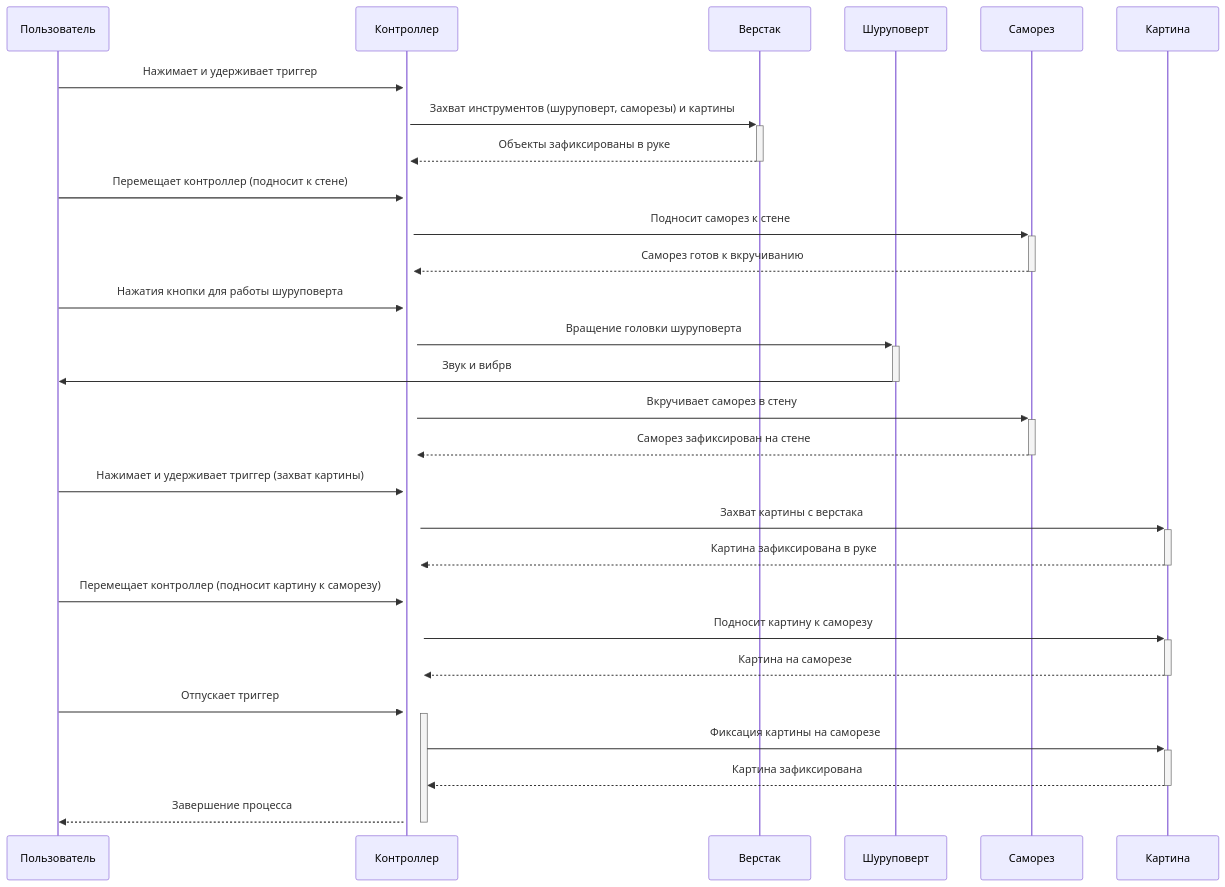
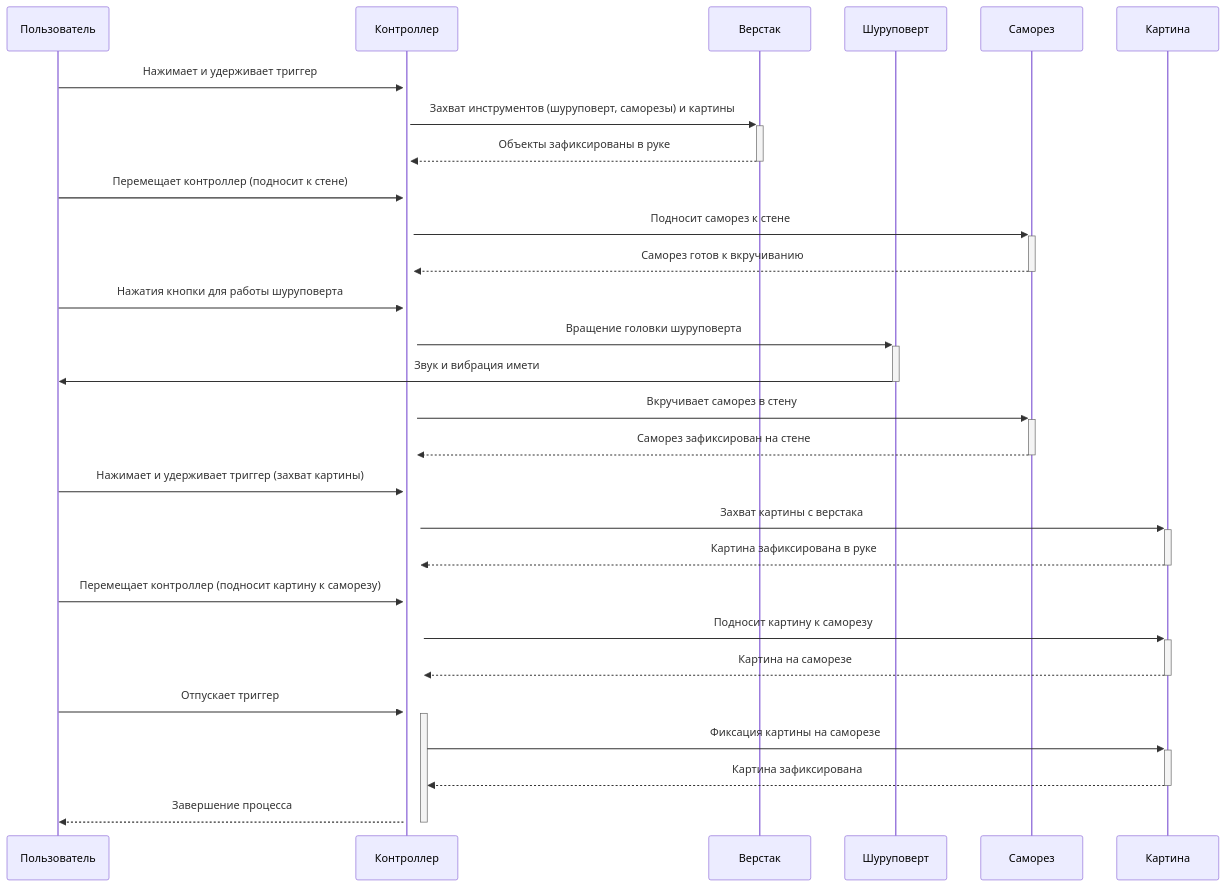
One commit to NerdyCep/iodraw-files changed the diagram in all/не называться-1.md. Above: the diagram before and after it, drawn with Mermaid.

Commit message:
2025-02-25 18:28:47 update

````diff
--- a/all/не называться-1.md
+++ b/all/не называться-1.md
@@ -1,32 +1,32 @@
 ```mermaid
 sequenceDiagram
     participant Пользователь
     participant Контроллер
     participant Верстак
     participant Шуруповерт
     participant Саморез
     participant Картина
     
 
     Пользователь->>+Контроллер: Нажимает и удерживает триггер
     Контроллер->>+Верстак: Захват инструментов (шуруповерт, саморезы) и картины
     Верстак-->>-Контроллер: Объекты зафиксированы в руке
     Пользователь->>+Контроллер: Перемещает контроллер (подносит к стене)
     Контроллер->>+Саморез: Подносит саморез к стене
     Саморез-->>-Контроллер: Саморез готов к вкручиванию
     Пользователь->>+Контроллер: Нажатия кнопки для работы шуруповерта
     Контроллер->>+Шуруповерт: Вращение головки шуруповерта
-    Шуруповерт->>-Пользователь: Звук и вибрв
+    Шуруповерт->>-Пользователь: Звук и вибрация имети
     Контроллер->>+Саморез: Вкручивает саморез в стену
     Саморез-->>-Контроллер: Саморез зафиксирован на стене
     Пользователь->>+Контроллер: Нажимает и удерживает триггер (захват картины)
     Контроллер->>+Картина: Захват картины с верстака
     Картина-->>-Контроллер: Картина зафиксирована в руке
     Пользователь->>+Контроллер: Перемещает контроллер (подносит картину к саморезу)
     Контроллер->>+Картина: Подносит картину к саморезу
     Картина-->>-Контроллер: Картина на саморезе
     Пользователь->>+Контроллер: Отпускает триггер
     Контроллер->>+Картина: Фиксация картины на саморезе
     Картина-->>-Контроллер: Картина зафиксирована
     Контроллер-->>-Пользователь: Завершение процесса
 ```
````
